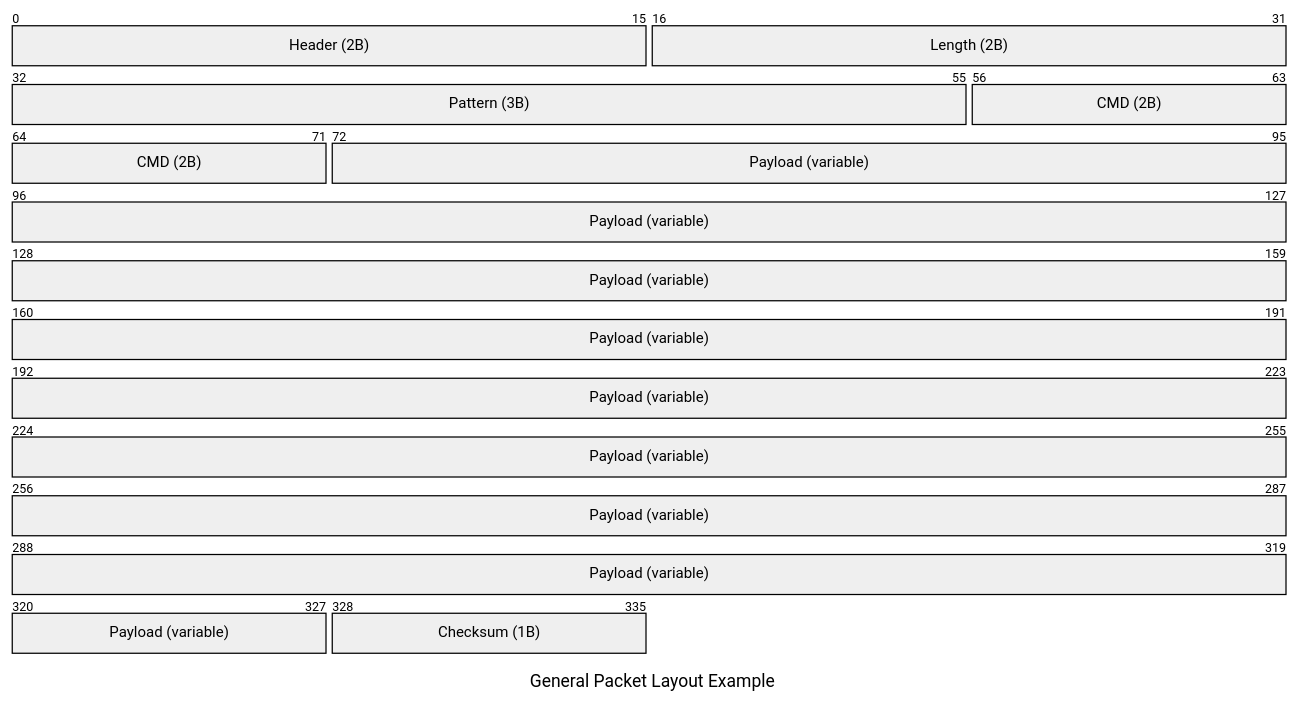
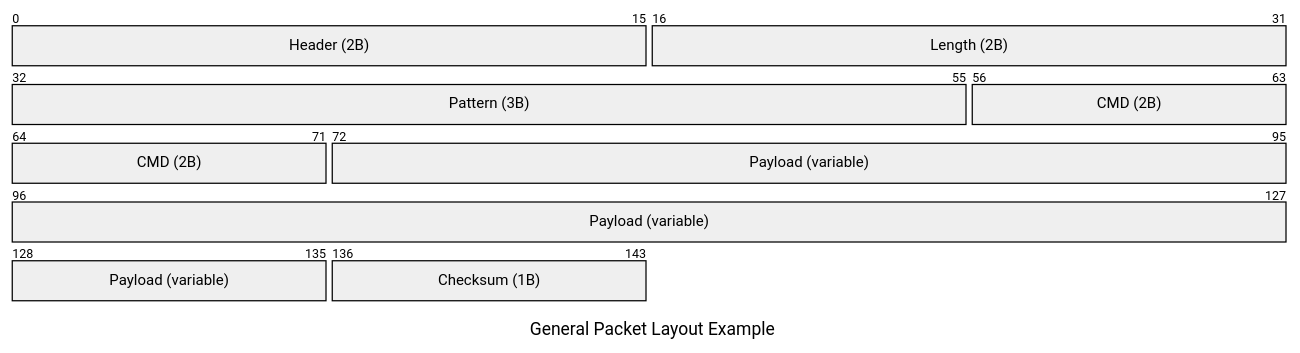
One commit to flip-dots/SolixBLE changed the first of 15 diagrams in docs/source/protocols.rst. Above: the diagram before and after it, drawn with Mermaid. The commit also changed other lines of this file, not shown here.

First line of the commit message:
Update the protocols page for the packet fields and the paths

```diff
--- a/docs/source/protocols.rst
+++ b/docs/source/protocols.rst
@@ -62,10 +68,16 @@
 .. mermaid::
 
+  ---
+  config:
+    packet:
+      bitsPerRow: 72
+      bitWidth: 16
+  ---
   packet-beta
   title General Packet Layout Example
   0-15: "Header (2B)"
   16-31: "Length (2B)"
   32-55: "Pattern (3B)"
   56-71: "CMD (2B)"
-  72-327: "Payload (variable)"
-  328-335: "Checksum (1B)"
+  72-135: "Payload (variable)"
+  136-143: "Checksum (1B)"
```
